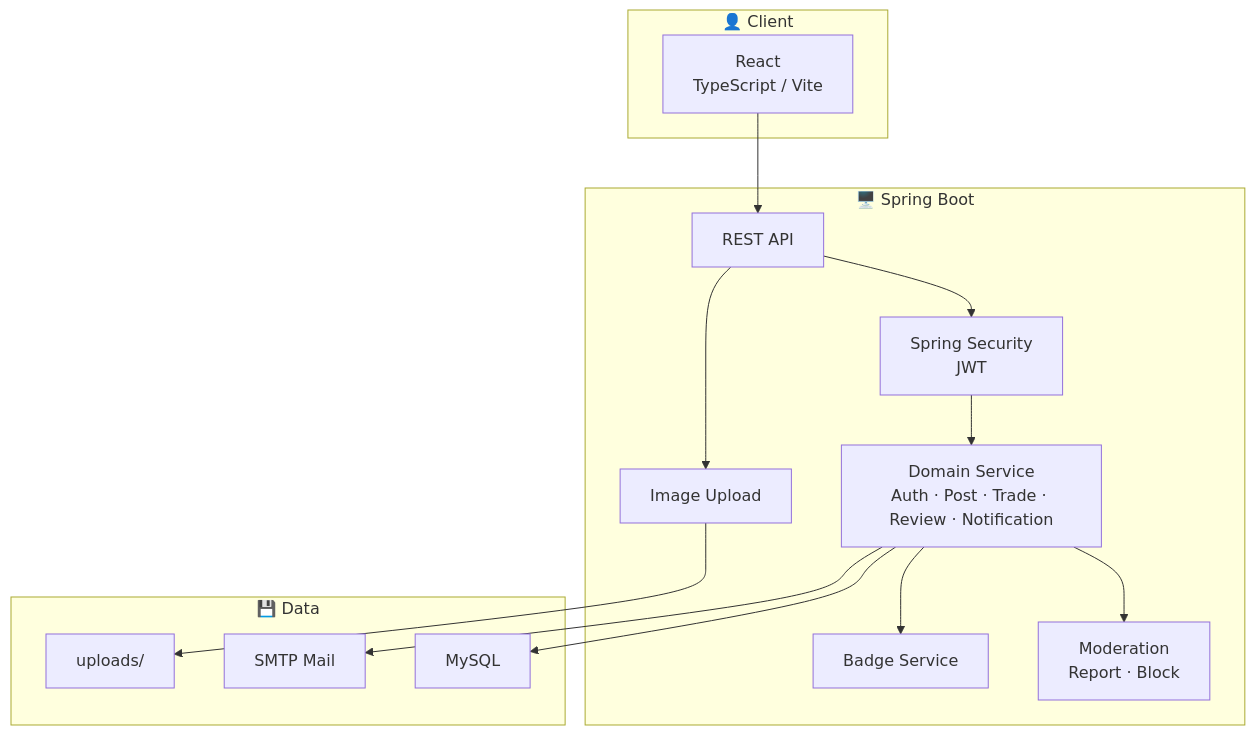
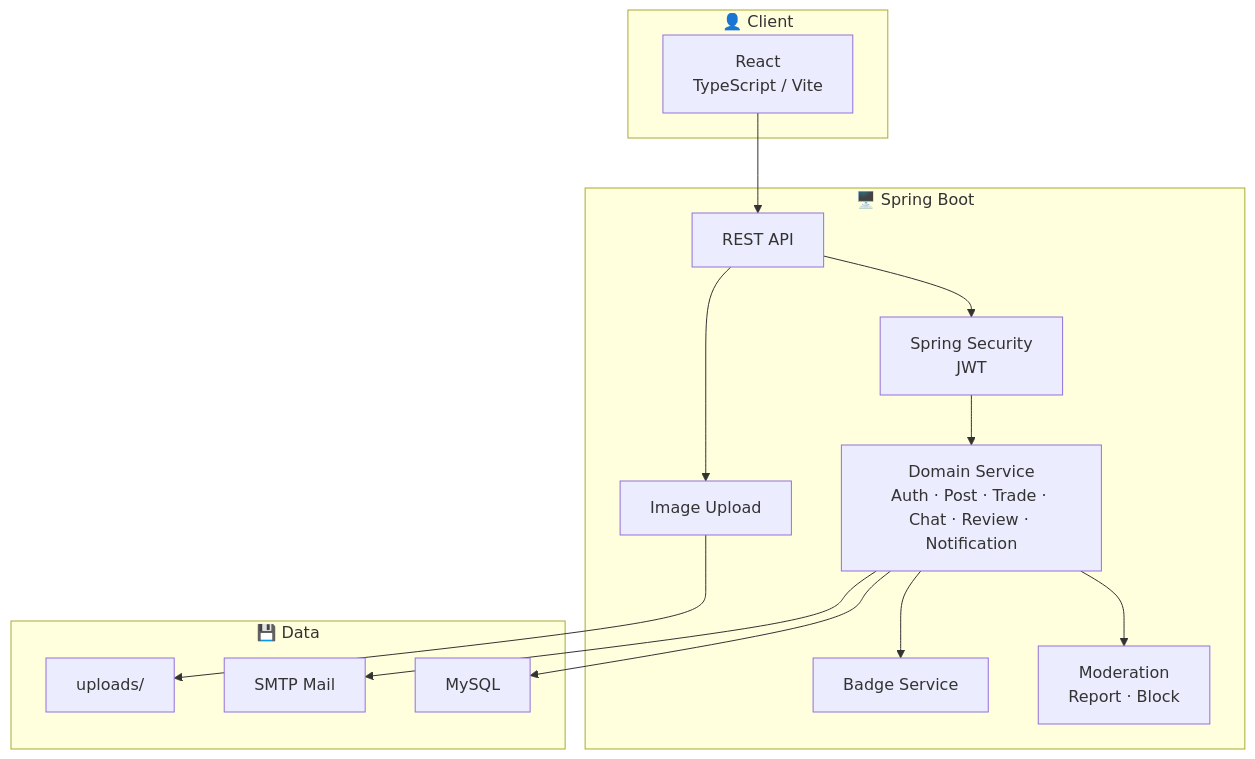
One commit to hjs7115/foodshare changed the second of 2 diagrams in README.md. Above: the diagram before and after it, drawn with Mermaid. The commit also changed other lines of this file and 35 other files, not shown here.

````diff
--- a/README.md
+++ b/README.md
@@ -92,31 +96,31 @@
 ```mermaid
 graph TB
     subgraph Client["👤 Client"]
         Web["React<br/>TypeScript / Vite"]
     end
 
     subgraph Server["🖥️ Spring Boot"]
         API["REST API"]
         Security["Spring Security<br/>JWT"]
-        Domain["Domain Service<br/>Auth · Post · Trade · Review · Notification"]
+        Domain["Domain Service<br/>Auth · Post · Trade · Chat · Review · Notification"]
         Moderation["Moderation<br/>Report · Block"]
         Badge["Badge Service"]
         Upload["Image Upload"]
     end
 
     subgraph Data["💾 Data"]
         MySQL["MySQL"]
         Files["uploads/"]
         Mail["SMTP Mail"]
     end
 
     Web --> API
     API --> Security
     Security --> Domain
     Domain --> Moderation
     Domain --> Badge
     Domain --> MySQL
     Domain --> Mail
     API --> Upload
     Upload --> Files
 ```
````
